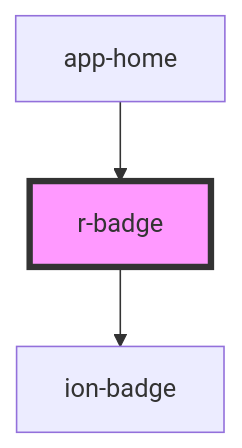
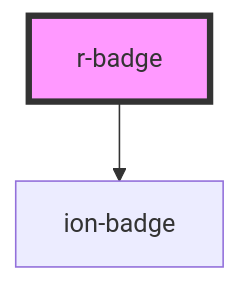
Before and after one commit to refactico/design-system: the diagram in src/components/r-badge/readme.md, drawn with Mermaid. The commit also changed other lines of this file and 27 other files, not shown here.

First line of the commit message:
chore: update component dependencies and documentation for app-home

````diff
--- a/src/components/r-badge/readme.md
+++ b/src/components/r-badge/readme.md
@@ -67,6 +63,5 @@
 ```mermaid
 graph TD;
   r-badge --> ion-badge
-  app-home --> r-badge
   style r-badge fill:#f9f,stroke:#333,stroke-width:4px
 ```
````
